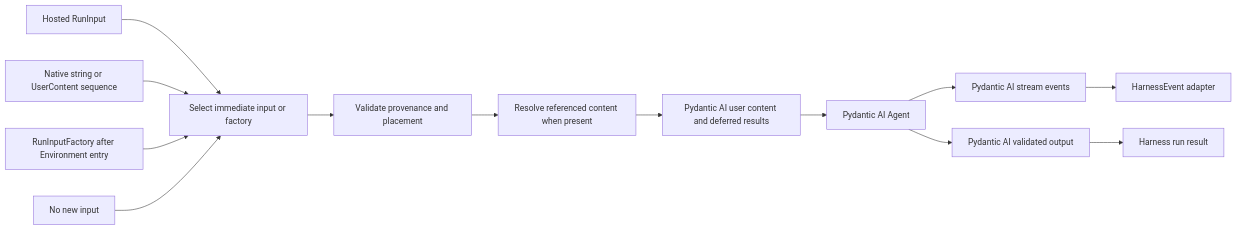
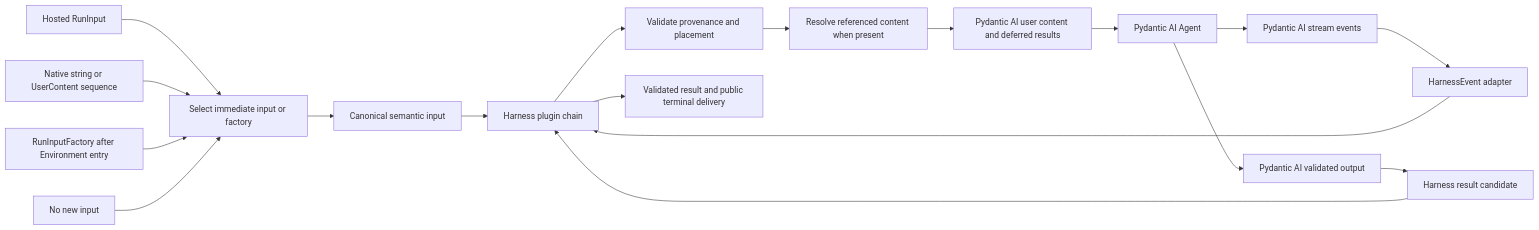
The first of 3 diagrams in spec/agent-harness/16-input-model-and-output.md (LTThreeComma/agent-foundation), drawn with Mermaid before and after one commit. The commit also changed other lines of this file and 21 other files, not shown here.

First line of the commit message:
feat(harness): define first-class plugin lifecycle

````diff
--- a/spec/agent-harness/16-input-model-and-output.md
+++ b/spec/agent-harness/16-input-model-and-output.md
@@ -7,15 +7,19 @@
 ```mermaid
 flowchart LR
     Hosted[Hosted RunInput] --> Select[Select immediate input or factory]
     Code[Native string or UserContent sequence] --> Select
     Factory[RunInputFactory after Environment entry] --> Select
     None[No new input] --> Select
-    Select --> Validate[Validate provenance and placement]
+    Select --> Normalize[Canonical semantic input]
+    Normalize --> Plugins[Harness plugin chain]
+    Plugins --> Validate[Validate provenance and placement]
     Validate --> Resolve[Resolve referenced content when present]
     Resolve --> Content[Pydantic AI user content and deferred results]
     Content --> Agent[Pydantic AI Agent]
     Agent --> Stream[Pydantic AI stream events]
     Agent --> Output[Pydantic AI validated output]
     Stream --> Events[HarnessEvent adapter]
-    Output --> Result[Harness run result]
+    Output --> Candidate[Harness result candidate]
+    Events & Candidate --> Plugins
+    Plugins --> Result[Validated result and public terminal delivery]
 ```
````
